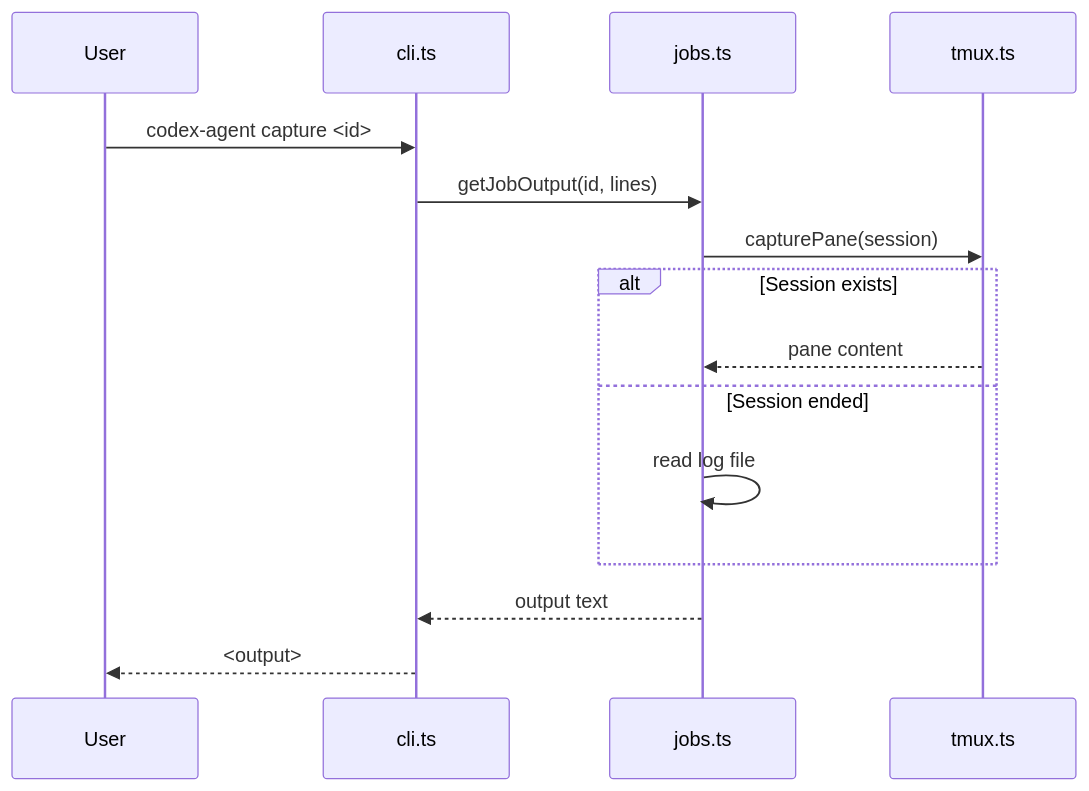
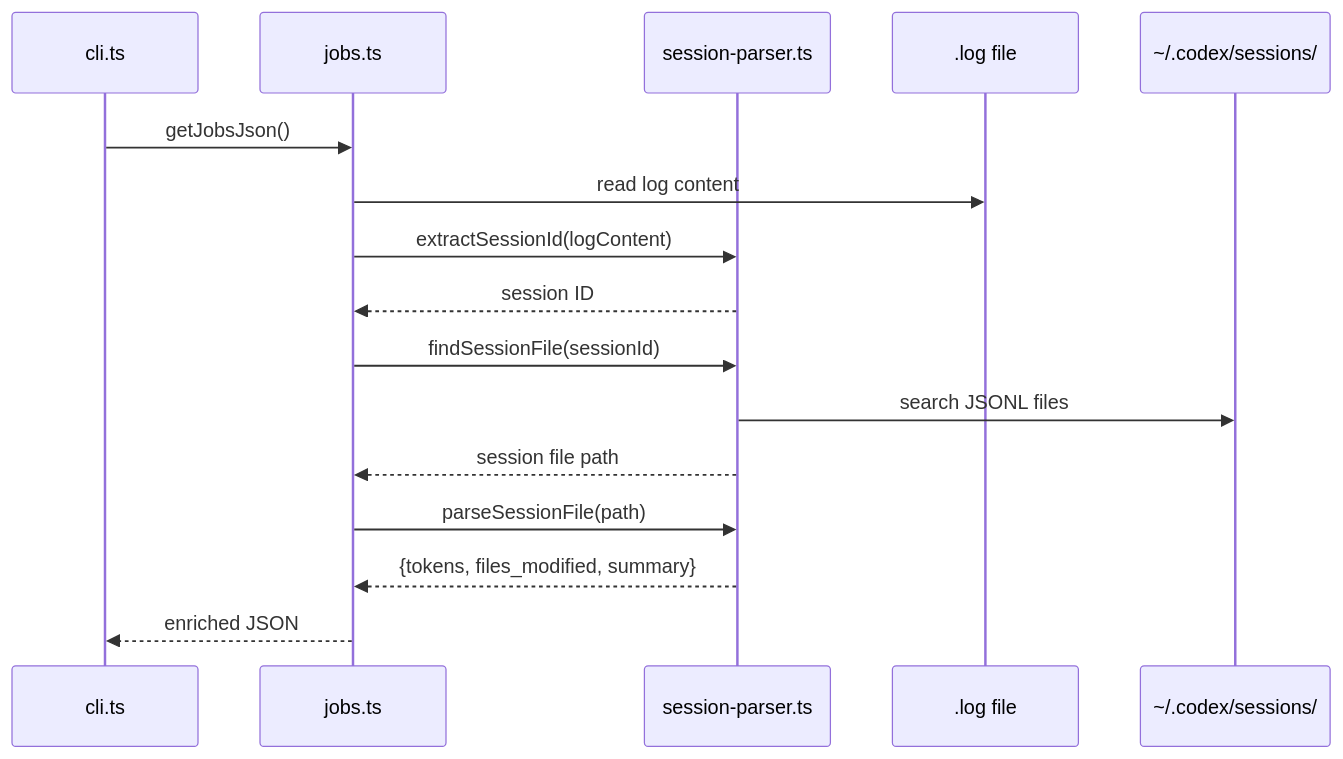
The fourth of 4 diagrams in docs/CODEBASE_MAP.md (yelban/codex-orchestrator), drawn with Mermaid before and after one commit. The commit also changed other lines of this file, not shown here.

Commit message:
Update codebase map with dual-mode architecture and full module coverage

````diff
--- a/docs/CODEBASE_MAP.md
+++ b/docs/CODEBASE_MAP.md
@@ -231,18 +311,19 @@
 ```mermaid
 sequenceDiagram
-    participant User
     participant CLI as cli.ts
     participant Jobs as jobs.ts
-    participant Tmux as tmux.ts
+    participant Parser as session-parser.ts
+    participant Log as .log file
+    participant Sessions as ~/.codex/sessions/
 
-    User->>CLI: codex-agent capture <id>
-    CLI->>Jobs: getJobOutput(id, lines)
-    Jobs->>Tmux: capturePane(session)
-    alt Session exists
-        Tmux-->>Jobs: pane content
-    else Session ended
-        Jobs->>Jobs: read log file
-    end
-    Jobs-->>CLI: output text
-    CLI-->>User: <output>
+    CLI->>Jobs: getJobsJson()
+    Jobs->>Log: read log content
+    Jobs->>Parser: extractSessionId(logContent)
+    Parser-->>Jobs: session ID
+    Jobs->>Parser: findSessionFile(sessionId)
+    Parser->>Sessions: search JSONL files
+    Parser-->>Jobs: session file path
+    Jobs->>Parser: parseSessionFile(path)
+    Parser-->>Jobs: {tokens, files_modified, summary}
+    Jobs-->>CLI: enriched JSON
 ```
````
